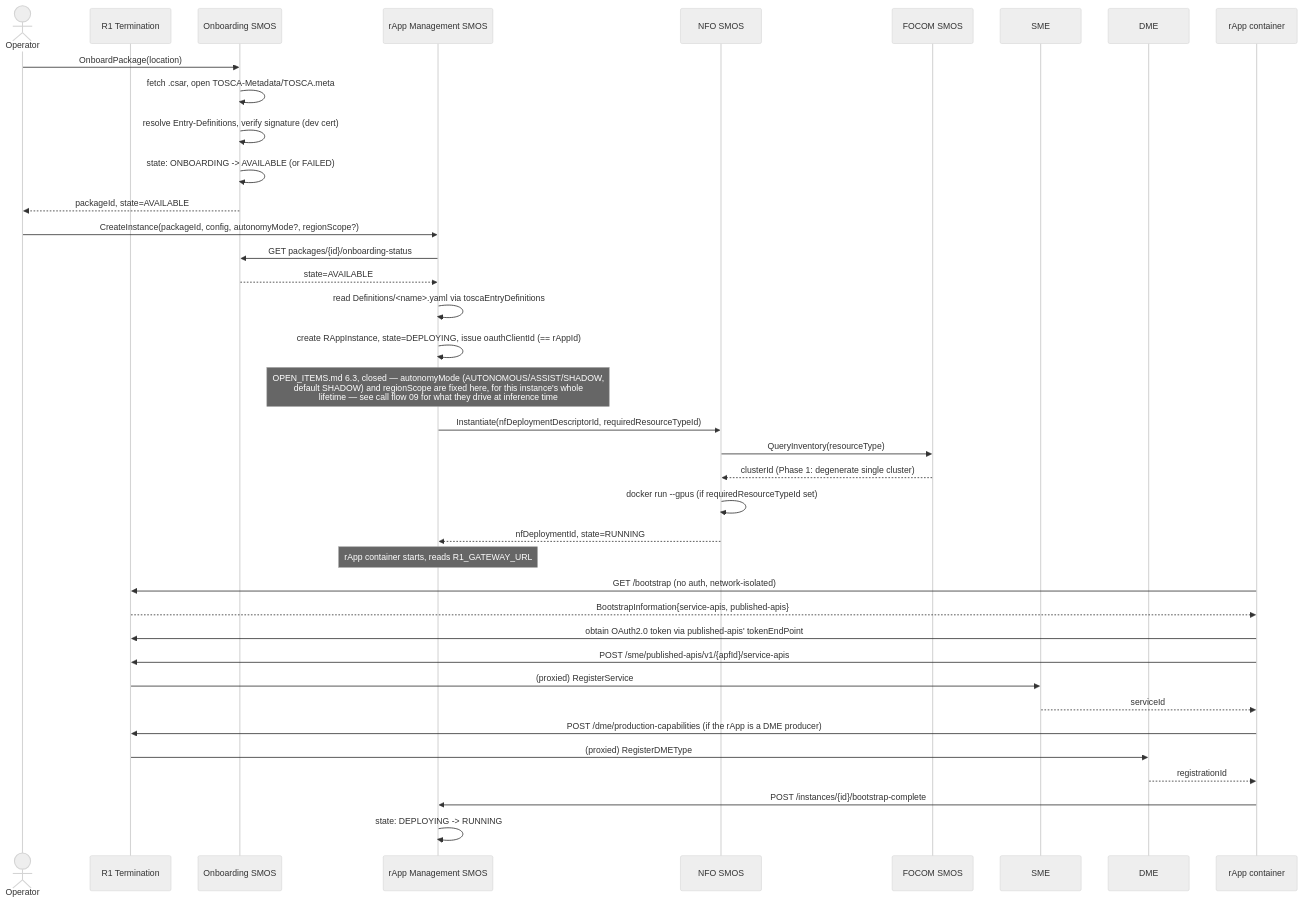
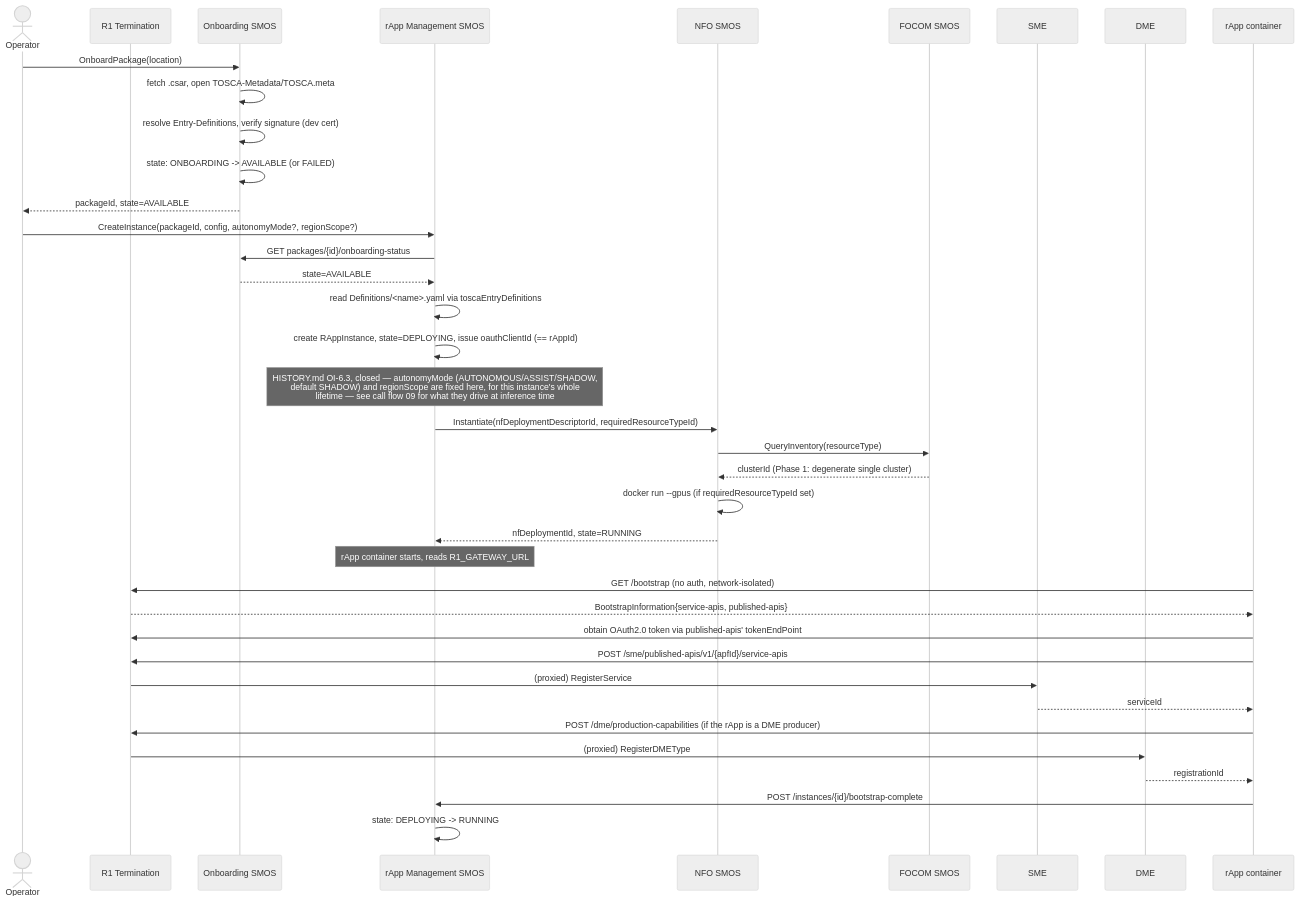
One commit to rsys-bshankar/ai-ran-ref changed the diagram in smo/docs/call-flows/01-rapp-onboarding-to-deployment.md. Above: the diagram before and after it, drawn with Mermaid (neutral theme). The commit also changed other lines of this file and 24 other files, not shown here.

First line of the commit message:
Docs cleanup: call flows describe the current behaviour

````diff
--- a/smo/docs/call-flows/01-rapp-onboarding-to-deployment.md
+++ b/smo/docs/call-flows/01-rapp-onboarding-to-deployment.md
@@ -5,47 +10,47 @@
 ```mermaid
 sequenceDiagram
     actor Operator
     participant R1 as R1 Termination
     participant Onb as Onboarding SMOS
     participant Rapp as rApp Management SMOS
     participant NFO as NFO SMOS
     participant Focom as FOCOM SMOS
     participant SME as SME
     participant DME as DME
 
     Operator->>Onb: OnboardPackage(location)
     Onb->>Onb: fetch .csar, open TOSCA-Metadata/TOSCA.meta
     Onb->>Onb: resolve Entry-Definitions, verify signature (dev cert)
     Onb->>Onb: state: ONBOARDING -> AVAILABLE (or FAILED)
     Onb-->>Operator: packageId, state=AVAILABLE
 
     Operator->>Rapp: CreateInstance(packageId, config, autonomyMode?, regionScope?)
     Rapp->>Onb: GET packages/{id}/onboarding-status
     Onb-->>Rapp: state=AVAILABLE
     Rapp->>Rapp: read Definitions/<name>.yaml via toscaEntryDefinitions
     Rapp->>Rapp: create RAppInstance, state=DEPLOYING, issue oauthClientId (== rAppId)
-    Note over Rapp: OPEN_ITEMS.md 6.3, closed — autonomyMode (AUTONOMOUS/ASSIST/SHADOW,<br/>default SHADOW) and regionScope are fixed here, for this instance's whole<br/>lifetime — see call flow 09 for what they drive at inference time
+    Note over Rapp: HISTORY.md OI-6.3, closed — autonomyMode (AUTONOMOUS/ASSIST/SHADOW,<br/>default SHADOW) and regionScope are fixed here, for this instance's whole<br/>lifetime — see call flow 09 for what they drive at inference time
 
     Rapp->>NFO: Instantiate(nfDeploymentDescriptorId, requiredResourceTypeId)
     NFO->>Focom: QueryInventory(resourceType)
     Focom-->>NFO: clusterId (Phase 1: degenerate single cluster)
     NFO->>NFO: docker run --gpus (if requiredResourceTypeId set)
     NFO-->>Rapp: nfDeploymentId, state=RUNNING
 
     Note over Rapp: rApp container starts, reads R1_GATEWAY_URL
 
     participant Container as rApp container
     Container->>R1: GET /bootstrap (no auth, network-isolated)
     R1-->>Container: BootstrapInformation{service-apis, published-apis}
     Container->>R1: obtain OAuth2.0 token via published-apis' tokenEndPoint
     Container->>R1: POST /sme/published-apis/v1/{apfId}/service-apis
     R1->>SME: (proxied) RegisterService
     SME-->>Container: serviceId
 
     Container->>R1: POST /dme/production-capabilities (if the rApp is a DME producer)
     R1->>DME: (proxied) RegisterDMEType
     DME-->>Container: registrationId
 
     Container->>Rapp: POST /instances/{id}/bootstrap-complete
     Rapp->>Rapp: state: DEPLOYING -> RUNNING
 ```
````
